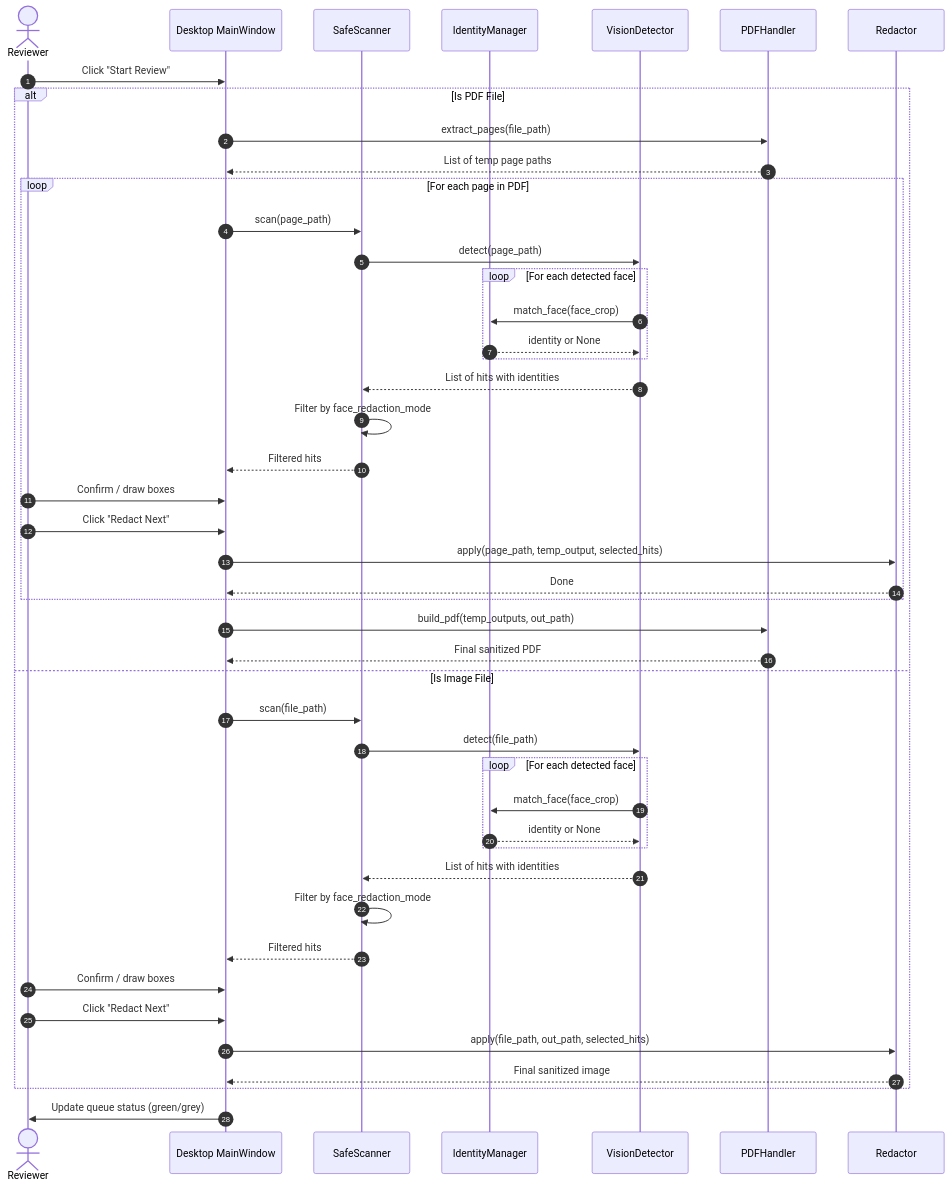
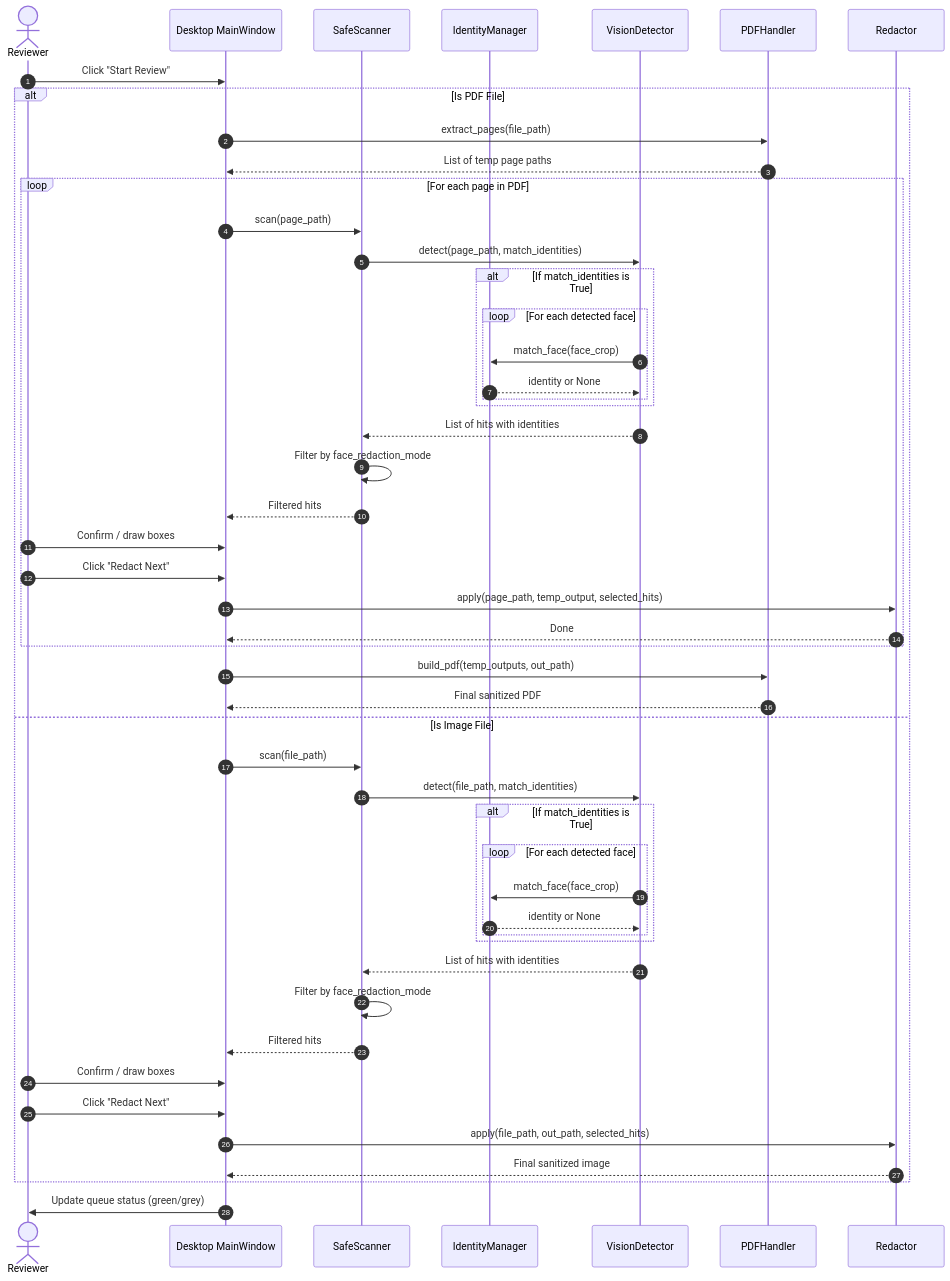
The third of 4 diagrams in docs/architecture/workflows.md (FurqanHun/SafeMARC), drawn with Mermaid before and after one commit. The commit also changed 1 other file, not shown here.

Commit message:
docs: update UML and workflows with biometric face matching bypass logic

````diff
--- a/docs/architecture/workflows.md
+++ b/docs/architecture/workflows.md
@@ -83,49 +83,53 @@
 ```mermaid
 sequenceDiagram
     autonumber
     actor User as Reviewer
     participant UI as Desktop MainWindow
     participant Sc as SafeScanner
     participant IM as IdentityManager
     participant VD as VisionDetector
     participant Ph as PDFHandler
     participant Rd as Redactor
 
     User->>UI: Click "Start Review"
     alt Is PDF File
         UI->>Ph: extract_pages(file_path)
         Ph-->>UI: List of temp page paths
         loop For each page in PDF
             UI->>Sc: scan(page_path)
-            Sc->>VD: detect(page_path)
-            loop For each detected face
-                VD->>IM: match_face(face_crop)
-                IM-->>VD: identity or None
+            Sc->>VD: detect(page_path, match_identities)
+            alt If match_identities is True
+                loop For each detected face
+                    VD->>IM: match_face(face_crop)
+                    IM-->>VD: identity or None
+                end
             end
             VD-->>Sc: List of hits with identities
             Sc->>Sc: Filter by face_redaction_mode
             Sc-->>UI: Filtered hits
             User->>UI: Confirm / draw boxes
             User->>UI: Click "Redact Next"
             UI->>Rd: apply(page_path, temp_output, selected_hits)
             Rd-->>UI: Done
         end
         UI->>Ph: build_pdf(temp_outputs, out_path)
         Ph-->>UI: Final sanitized PDF
     else Is Image File
         UI->>Sc: scan(file_path)
-        Sc->>VD: detect(file_path)
-        loop For each detected face
-            VD->>IM: match_face(face_crop)
-            IM-->>VD: identity or None
+        Sc->>VD: detect(file_path, match_identities)
+        alt If match_identities is True
+            loop For each detected face
+                VD->>IM: match_face(face_crop)
+                IM-->>VD: identity or None
+            end
         end
         VD-->>Sc: List of hits with identities
         Sc->>Sc: Filter by face_redaction_mode
         Sc-->>UI: Filtered hits
         User->>UI: Confirm / draw boxes
         User->>UI: Click "Redact Next"
         UI->>Rd: apply(file_path, out_path, selected_hits)
         Rd-->>UI: Final sanitized image
     end
     UI->>User: Update queue status (green/grey)
 ```
````
